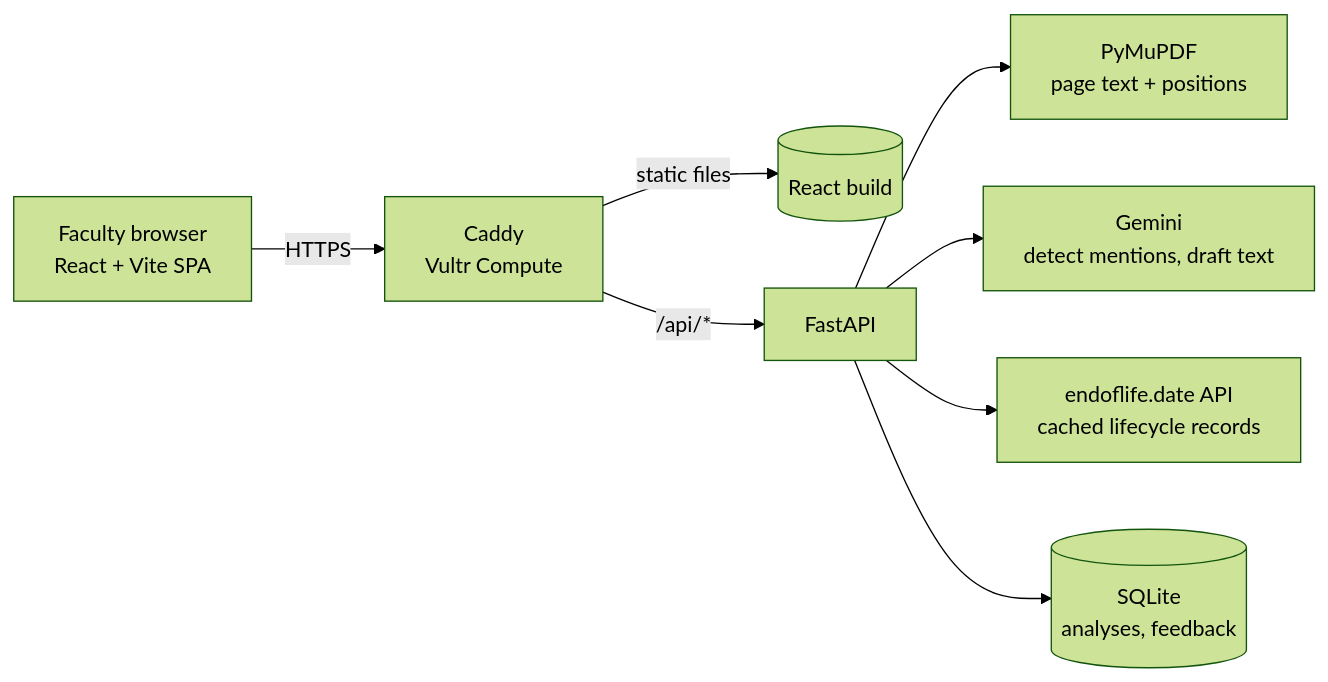
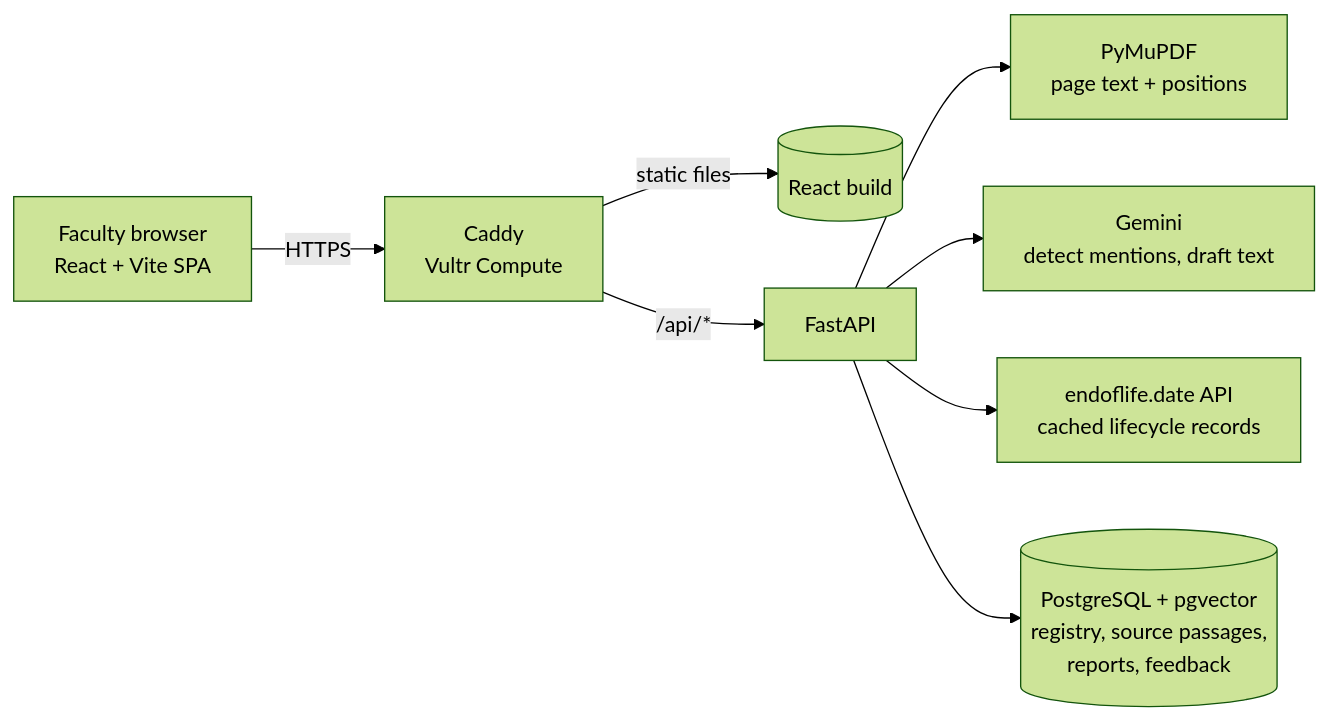
One commit to educ-jkescritor/GroundEd changed the first of 4 diagrams in docs/architecture.md. Above: the diagram before and after it, drawn with Mermaid (forest theme). The commit also changed other lines of this file and 6 other files, not shown here.

First line of the commit message:
Update docs and diagram to the agreed stack

````diff
--- a/docs/architecture.md
+++ b/docs/architecture.md
@@ -3,10 +3,10 @@
 ```mermaid
 flowchart LR
     U[Faculty browser<br/>React + Vite SPA] -->|HTTPS| C[Caddy<br/>Vultr Compute]
     C -->|static files| S[(React build)]
     C -->|/api/*| A[FastAPI]
     A --> P[PyMuPDF<br/>page text + positions]
     A --> G[Gemini<br/>detect mentions, draft text]
     A --> E[endoflife.date API<br/>cached lifecycle records]
-    A --> D[(SQLite<br/>analyses, feedback)]
+    A --> D[(PostgreSQL + pgvector<br/>registry, source passages,<br/>reports, feedback)]
 ```
````
